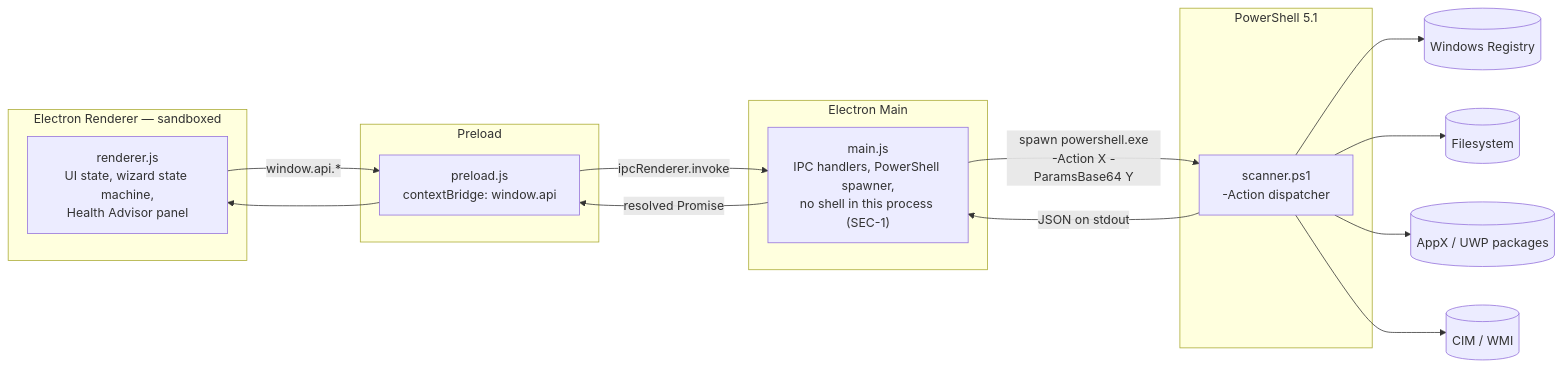
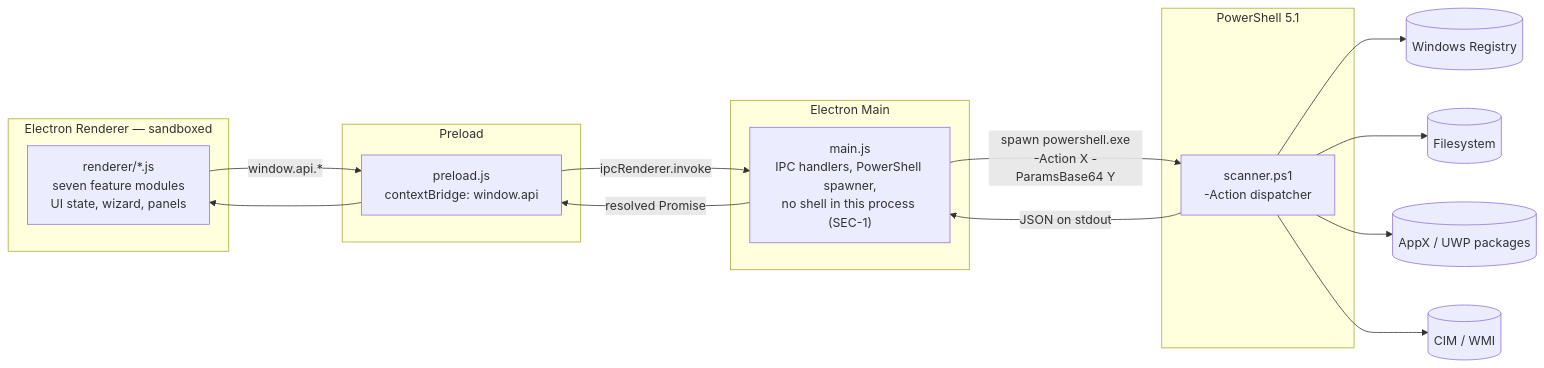
One commit to QuantumMonkey/Vanish changed the first of 2 diagrams in ARCHITECTURE.md. Above: the diagram before and after it, drawn with Mermaid. The commit also changed other lines of this file and 6 other files, not shown here.

````diff
--- a/ARCHITECTURE.md
+++ b/ARCHITECTURE.md
@@ -11,31 +11,31 @@
 ```mermaid
 graph LR
     subgraph Renderer["Electron Renderer — sandboxed"]
-        UI["renderer.js<br/>UI state, wizard state machine,<br/>Health Advisor panel"]
+        UI["renderer/*.js<br/>seven feature modules<br/>UI state, wizard, panels"]
     end
     subgraph Bridge["Preload"]
         API["preload.js<br/>contextBridge: window.api"]
     end
     subgraph Main["Electron Main"]
         MAIN["main.js<br/>IPC handlers, PowerShell spawner,<br/>no shell in this process (SEC-1)"]
     end
     subgraph Engine["PowerShell 5.1"]
         PS["scanner.ps1<br/>-Action dispatcher"]
     end
 
     REG[("Windows Registry")]
     FS[("Filesystem")]
     APPX[("AppX / UWP packages")]
     CIM[("CIM / WMI")]
 
     UI -->|"window.api.*"| API
     API -->|"ipcRenderer.invoke"| MAIN
     MAIN -->|"spawn powershell.exe<br/>-Action X -ParamsBase64 Y"| PS
     PS --> REG
     PS --> FS
     PS --> APPX
     PS --> CIM
     PS -->|"JSON on stdout"| MAIN
     MAIN -->|"resolved Promise"| API
     API --> UI
 ```
````
